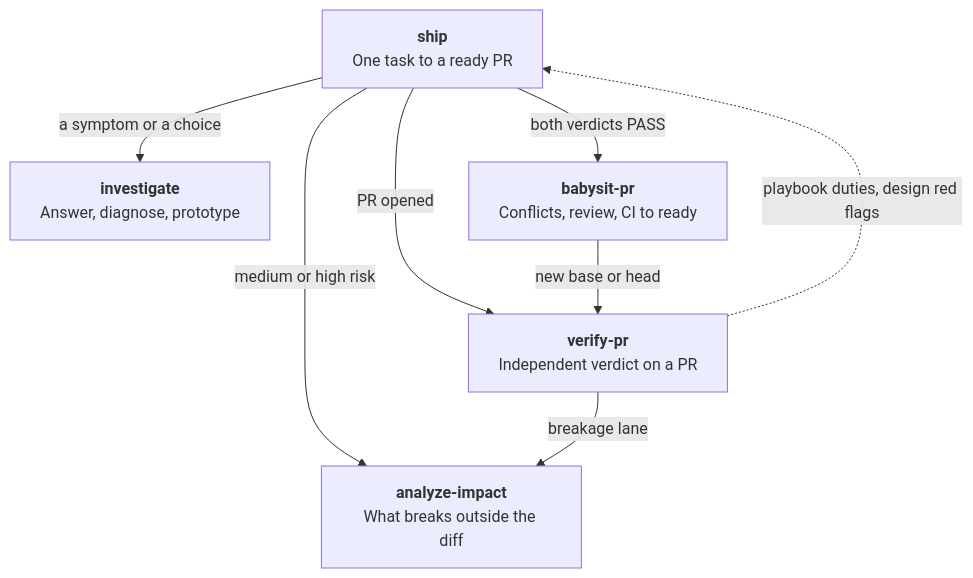
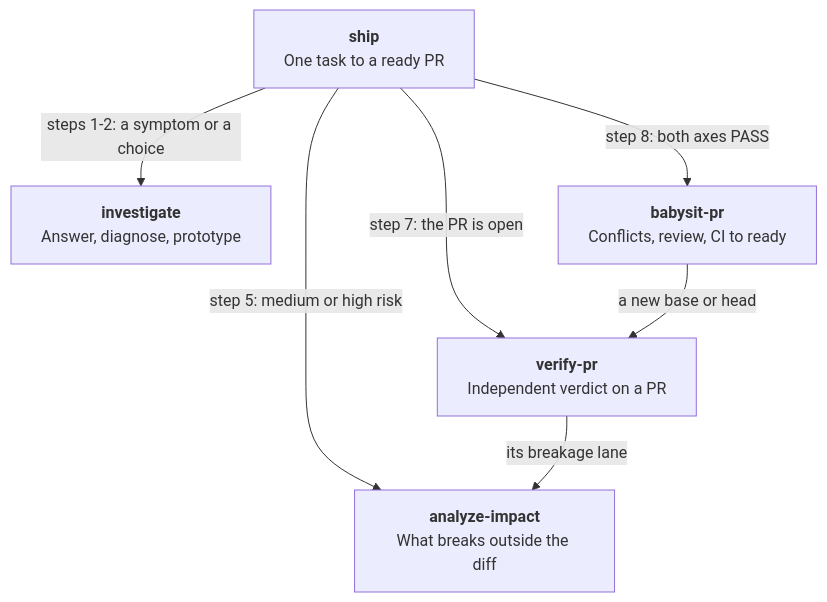
One commit to Ilian-Allaf/skillstack changed the second of 12 diagrams in skills/GRAPH.md. Above: the diagram before and after it, drawn with Mermaid. The commit also changed other lines of this file, not shown here.

First line of the commit message:
Make the skill graph readable at a glance

````diff
--- a/skills/GRAPH.md
+++ b/skills/GRAPH.md
@@ -23,16 +48,15 @@
 ```mermaid
 flowchart TB
   ship["<b>ship</b><br/>One task to a ready PR"]
   investigate["<b>investigate</b><br/>Answer, diagnose, prototype"]
   impact["<b>analyze-impact</b><br/>What breaks outside the diff"]
   verify["<b>verify-pr</b><br/>Independent verdict on a PR"]
   babysit["<b>babysit-pr</b><br/>Conflicts, review, CI to ready"]
 
-  ship -->|a symptom or a choice| investigate
-  ship -->|medium or high risk| impact
-  ship -->|PR opened| verify
-  ship -->|both verdicts PASS| babysit
-  babysit -->|new base or head| verify
-  verify -->|breakage lane| impact
-  verify -.->|playbook duties, design red flags| ship
+  ship -->|"steps 1-2: a symptom or a choice"| investigate
+  ship -->|"step 5: medium or high risk"| impact
+  ship -->|"step 7: the PR is open"| verify
+  ship -->|"step 8: both axes PASS"| babysit
+  babysit -->|a new base or head| verify
+  verify -->|its breakage lane| impact
 ```
````
